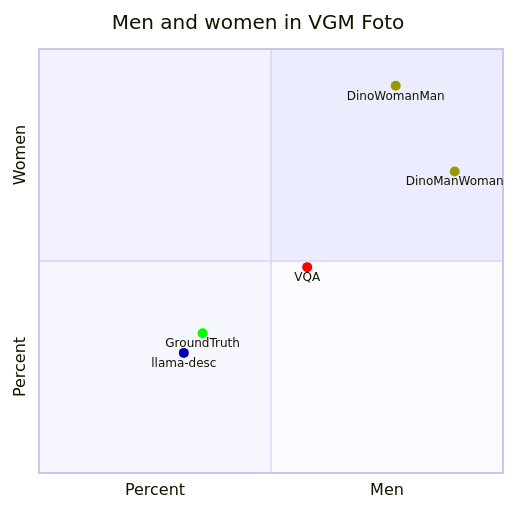
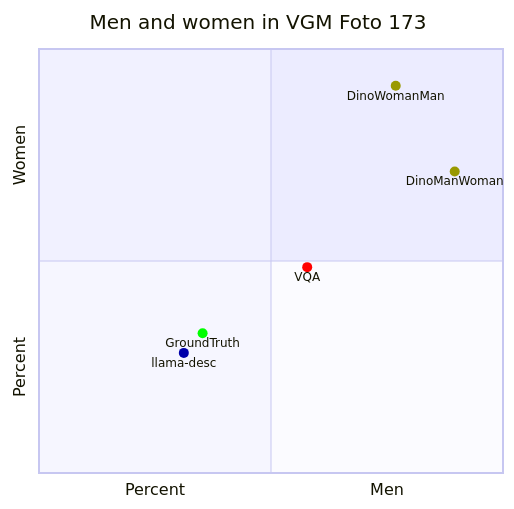
Before and after one commit to Modern36/tropes_1500: the fifth of 11 diagrams in browser/scatter.md, drawn with Mermaid. The commit also changed other lines of this file and 1 other file, not shown here.

````diff
--- a/browser/scatter.md
+++ b/browser/scatter.md
@@ -76,12 +76,12 @@
 ```mermaid
 quadrantChart
-    title Men and women in VGM Foto
+    title Men and women in VGM Foto 173
     x-axis Percent --> Men
     y-axis Percent --> Women
     DinoManWoman: [0.8959537572254336, 0.7109826589595376] color: #999900
     DinoWomanMan: [0.7687861271676301, 0.9132947976878613] color: #999900
     GroundTruth: [0.35260115606936415, 0.32947976878612717] color: #00FF00
     VQA: [0.5780346820809249, 0.48554913294797686] color: #FF0000
     llama-desc: [0.31213872832369943, 0.2832369942196532] color: #0000AA
 
 ```
````
